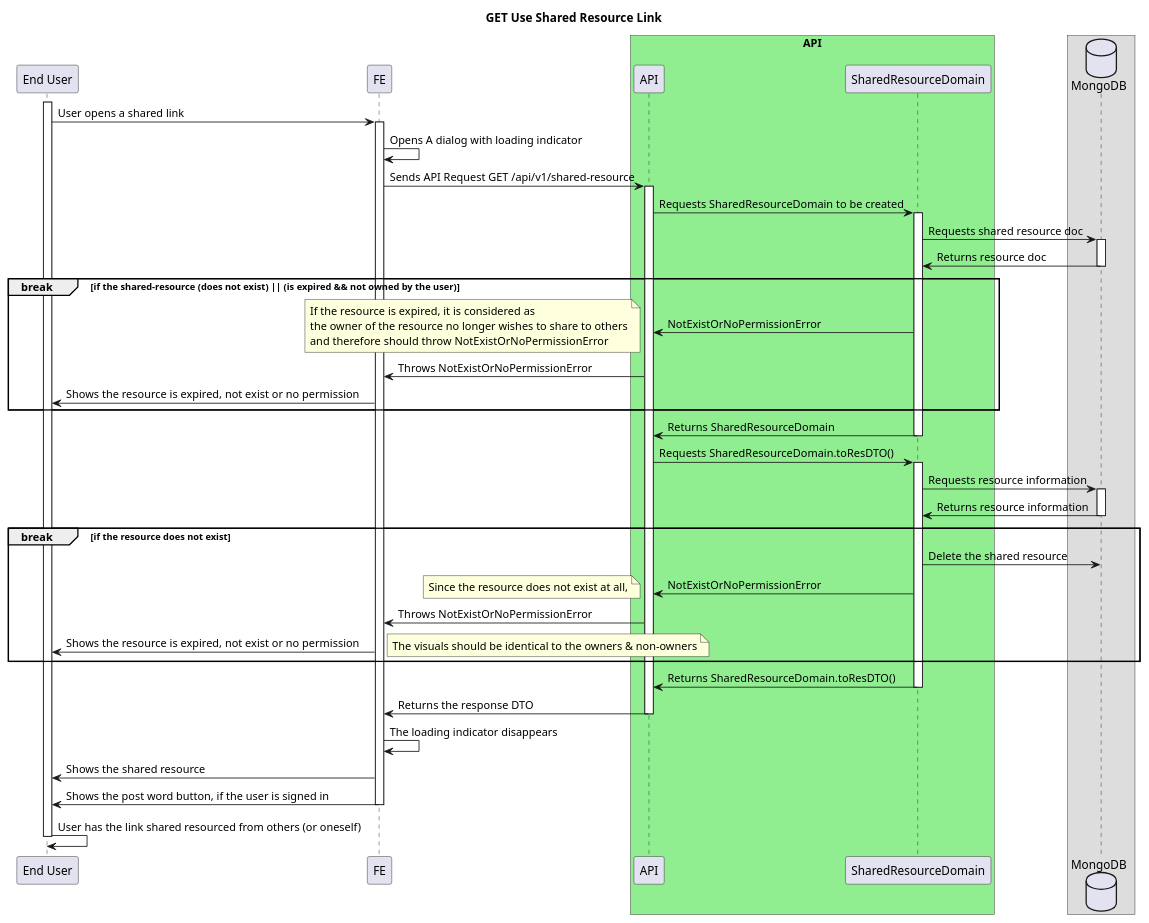
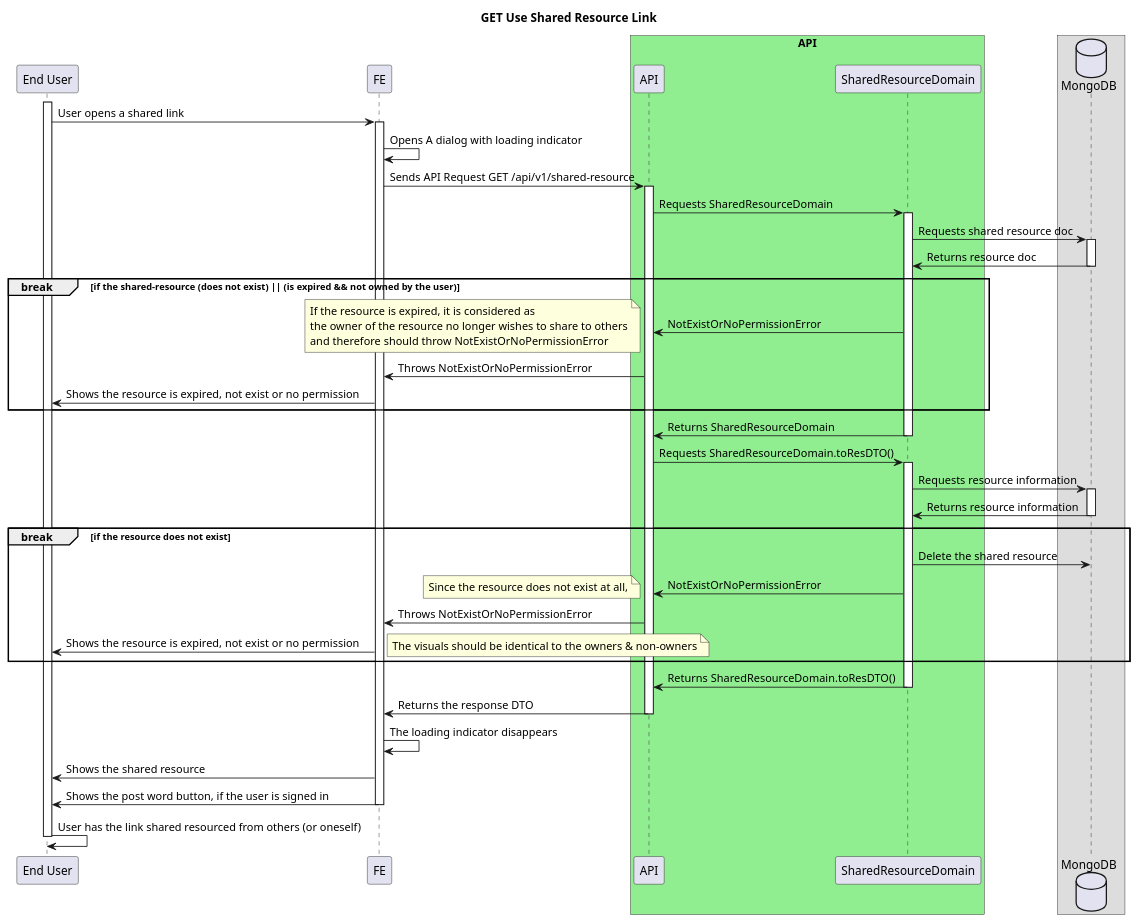
One commit to ajktown/docs changed the diagram in dev/diagrams/on-get-shared-resource-link.md. Above: the diagram before and after it, drawn with PlantUML.

````diff
--- a/dev/diagrams/on-get-shared-resource-link.md
+++ b/dev/diagrams/on-get-shared-resource-link.md
@@ -19,69 +19,69 @@
 ```plantuml
 
 @startuml
 
 title GET Use Shared Resource Link
 
 participant "End User" as user
 participant "FE" as fe
 box "API" #Lightgreen
   participant "API" as api
   participant "SharedResourceDomain" as domain
 box
 database "MongoDB" as db
 
 activate user
   user -> fe: User opens a shared link
   activate fe
     fe -> fe: Opens A dialog with loading indicator
     fe -> api: Sends API Request GET /api/v1/shared-resource
     activate api
-      api -> domain: Requests SharedResourceDomain to be created
+      api -> domain: Requests SharedResourceDomain
       activate domain
         domain -> db: Requests shared resource doc
         activate db
           domain <- db: Returns resource doc
         deactivate db
         break if the shared-resource (does not exist) || (is expired && not owned by the user)
           api <- domain: NotExistOrNoPermissionError
           note left
             If the resource is expired, it is considered as
             the owner of the resource no longer wishes to share to others
             and therefore should throw NotExistOrNoPermissionError
           end note
           fe <- api: Throws NotExistOrNoPermissionError
           user <- fe : Shows the resource is expired, not exist or no permission
         end break
         api <- domain: Returns SharedResourceDomain
         deactivate domain
         api -> domain: Requests SharedResourceDomain.toResDTO()
           activate domain
             domain -> db: Requests resource information
             activate db
               domain <- db: Returns resource information
             deactivate db
             break if the resource does not exist
               domain -> db: Delete the shared resource
               api <- domain: NotExistOrNoPermissionError
               note left
                 Since the resource does not exist at all,
               end note
               fe <- api: Throws NotExistOrNoPermissionError
               user <- fe : Shows the resource is expired, not exist or no permission
               note right
                 The visuals should be identical to the owners & non-owners
               end note
             end break
             api <- domain: Returns SharedResourceDomain.toResDTO()
           deactivate domain
         fe <- api: Returns the response DTO
     deactivate api
   fe -> fe: The loading indicator disappears
   user <- fe: Shows the shared resource
   user <- fe: Shows the post word button, if the user is signed in
   deactivate fe
   user -> user: User has the link shared resourced from others (or oneself)
 deactivate user
 
 
 ```
````
